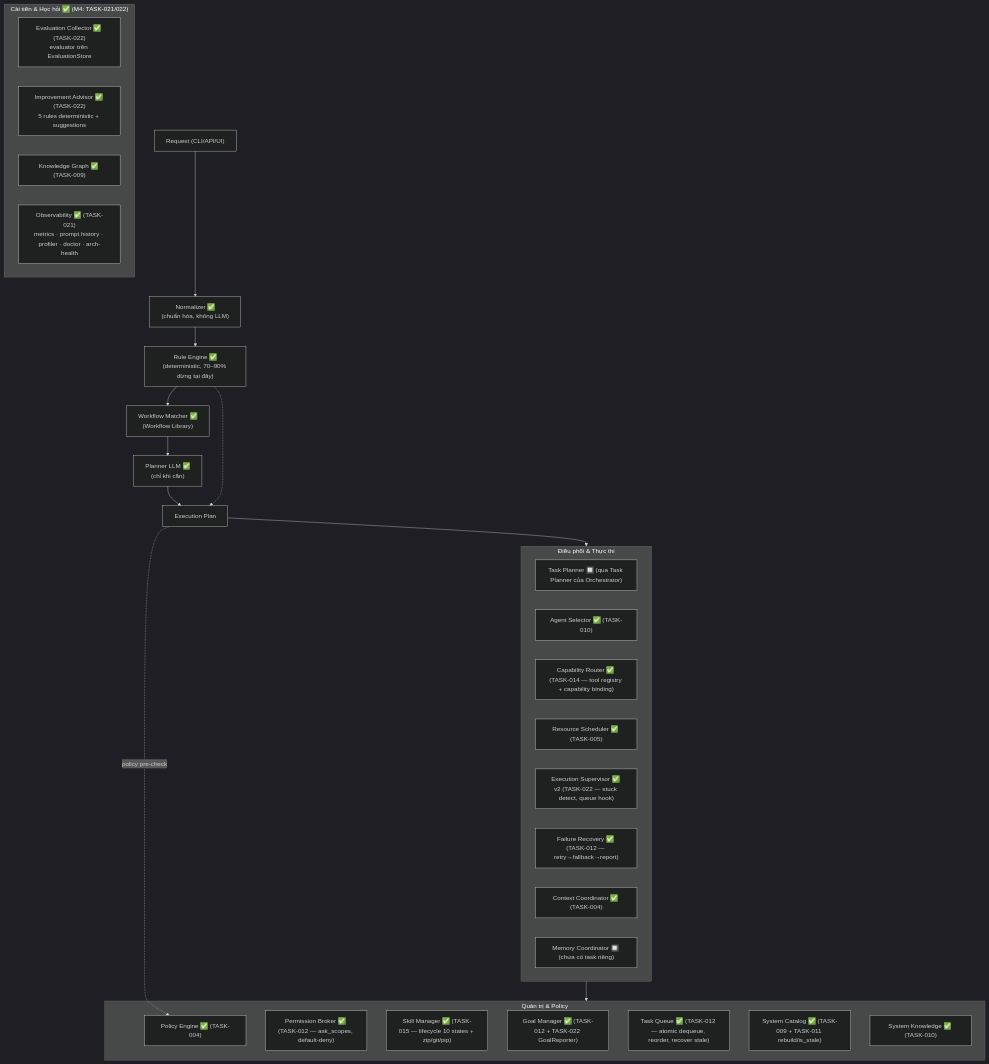
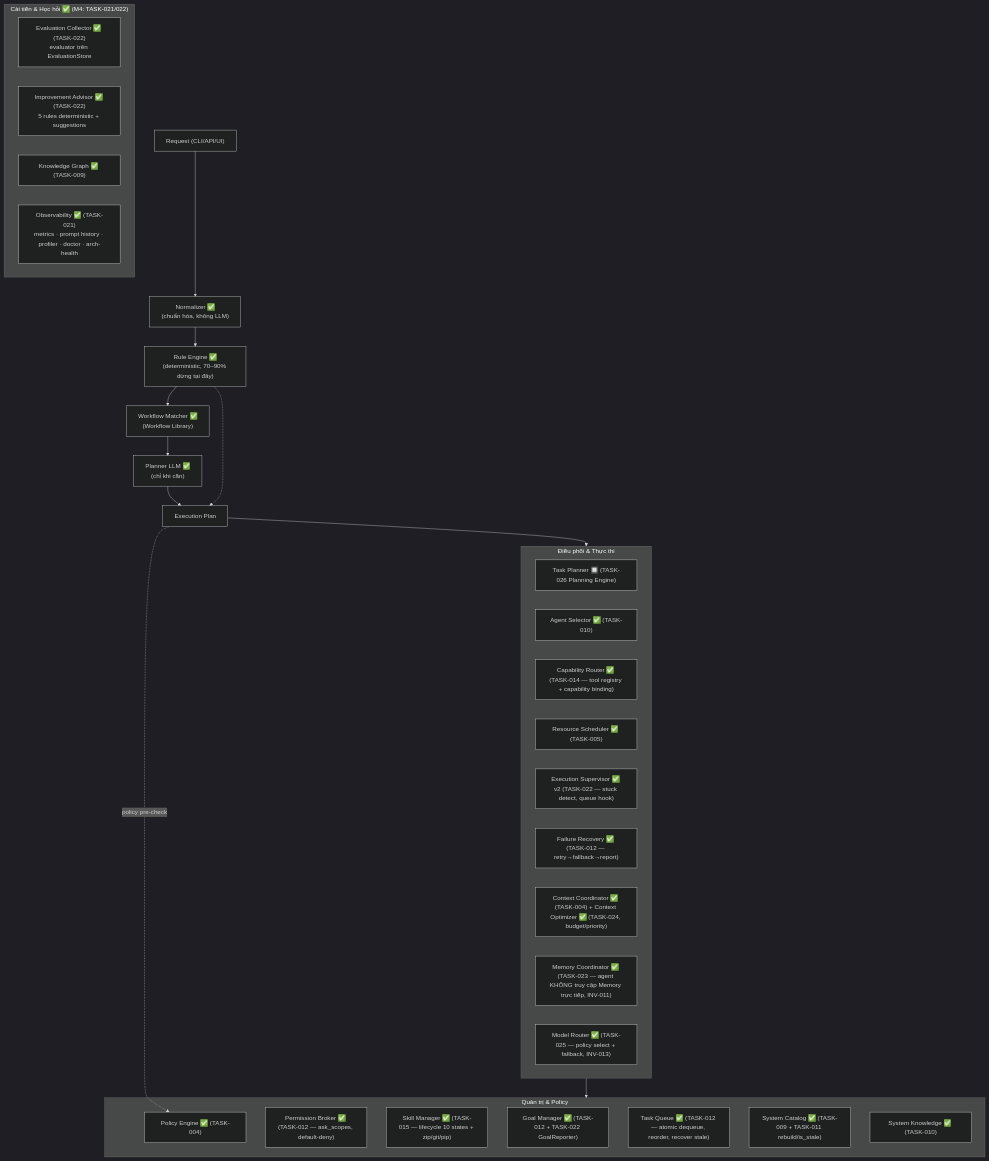
One commit to mrdanhdanh/aios-python changed the third of 7 diagrams in docs/architecture.md. Above: the diagram before and after it, drawn with Mermaid (dark theme). The commit also changed other lines of this file and 1 other file, not shown here.

Commit message:
docs: architecture.md M5 state - Core Intelligence layer (TASK-023/024/025 done, INV-011..016)

````diff
--- a/docs/architecture.md
+++ b/docs/architecture.md
@@ -101,41 +111,42 @@
 ```mermaid
 flowchart TD
     REQ["Request (CLI/API/UI)"] --> N["Normalizer ✅<br/>(chuẩn hóa, không LLM)"]
     N --> R["Rule Engine ✅<br/>(deterministic, 70–90% dừng tại đây)"]
     R --> W["Workflow Matcher ✅<br/>(Workflow Library)"]
     W --> P["Planner LLM ✅<br/>(chỉ khi cần)"]
     P --> EP["Execution Plan"]
     R -.-> EP
 
     subgraph COORD["Điều phối & Thực thi"]
-        TP["Task Planner 🔲 (qua Task Planner của Orchestrator)"]
+        TP["Task Planner 🔲 (TASK-026 Planning Engine)"]
         AS["Agent Selector ✅ (TASK-010)"]
         CR2["Capability Router ✅ (TASK-014 — tool registry + capability binding)"]
         RS["Resource Scheduler ✅ (TASK-005)"]
         ES["Execution Supervisor ✅ v2 (TASK-022 — stuck detect, queue hook)"]
         FR["Failure Recovery ✅ (TASK-012 — retry→fallback→report)"]
-        CC["Context Coordinator ✅ (TASK-004)"]
-        MC["Memory Coordinator 🔲 (chưa có task riêng)"]
+        CC["Context Coordinator ✅ (TASK-004) + Context Optimizer ✅ (TASK-024, budget/priority)"]
+        MC2["Memory Coordinator ✅ (TASK-023 — agent KHÔNG truy cập Memory trực tiếp, INV-011)"]
+        MR2["Model Router ✅ (TASK-025 — policy select + fallback, INV-013)"]
     end
 
     subgraph ADMIN["Quản trị & Policy"]
         PE["Policy Engine ✅ (TASK-004)"]
         PB["Permission Broker ✅ (TASK-012 — ask_scopes, default-deny)"]
         SM["Skill Manager ✅ (TASK-015 — lifecycle 10 states + zip/git/pip)"]
         GM["Goal Manager ✅ (TASK-012 + TASK-022 GoalReporter)"]
         TQ["Task Queue ✅ (TASK-012 — atomic dequeue, reorder, recover stale)"]
         SC["System Catalog ✅ (TASK-009 + TASK-011 rebuild/is_stale)"]
         SK["System Knowledge ✅ (TASK-010)"]
     end
 
     subgraph LEARN["Cải tiến & Học hỏi ✅ (M4: TASK-021/022)"]
         EC["Evaluation Collector ✅ (TASK-022)<br/>evaluator trên EvaluationStore"]
         IA["Improvement Advisor ✅ (TASK-022)<br/>5 rules deterministic + suggestions"]
         KG["Knowledge Graph ✅ (TASK-009)"]
         OB["Observability ✅ (TASK-021)<br/>metrics · prompt history · profiler · doctor · arch-health"]
     end
 
     EP --> COORD
     EP -. policy pre-check .-> PE
     COORD --> ADMIN
 ```
````
